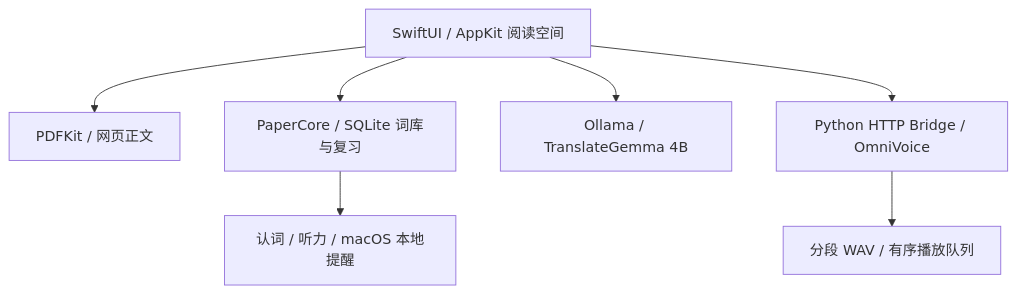
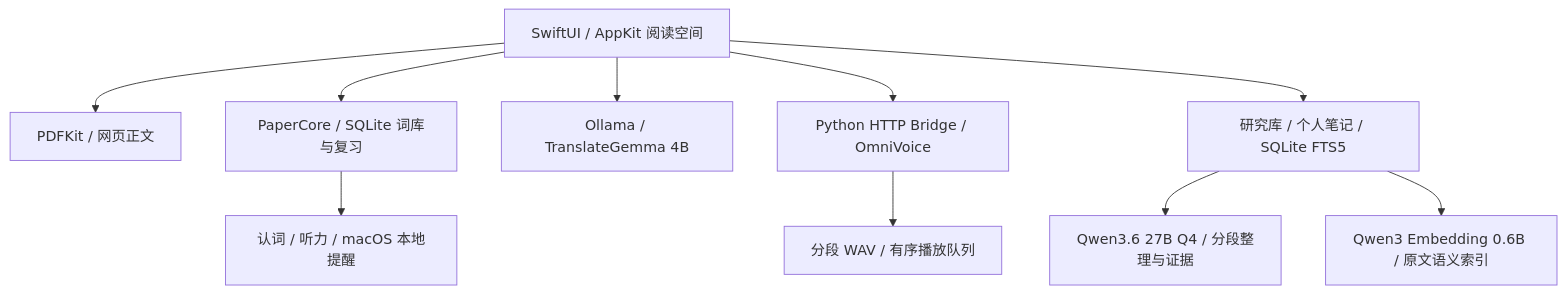
Before and after one commit to yuan1615/PaperLingo: the diagram in README.md, drawn with Mermaid. The commit also changed other lines of this file and 33 other files, not shown here.

Commit message:
feat: add local research library, notes and semantic retrieval for v0.2

````diff
--- a/README.md
+++ b/README.md
@@ -98,9 +115,12 @@
 ```mermaid
 flowchart TD
     Reader[SwiftUI / AppKit 阅读空间] --> PDF[PDFKit / 网页正文]
     Reader --> Store[PaperCore / SQLite 词库与复习]
     Reader --> Translator[Ollama / TranslateGemma 4B]
     Reader --> Speech[Python HTTP Bridge / OmniVoice]
     Speech --> Audio[分段 WAV / 有序播放队列]
     Store --> Review[认词 / 听力 / macOS 本地提醒]
+    Reader --> Library[研究库 / 个人笔记 / SQLite FTS5]
+    Library --> Digest[Qwen3.6 27B Q4 / 分段整理与证据]
+    Library --> Retrieval[Qwen3 Embedding 0.6B / 原文语义索引]
 ```
````
